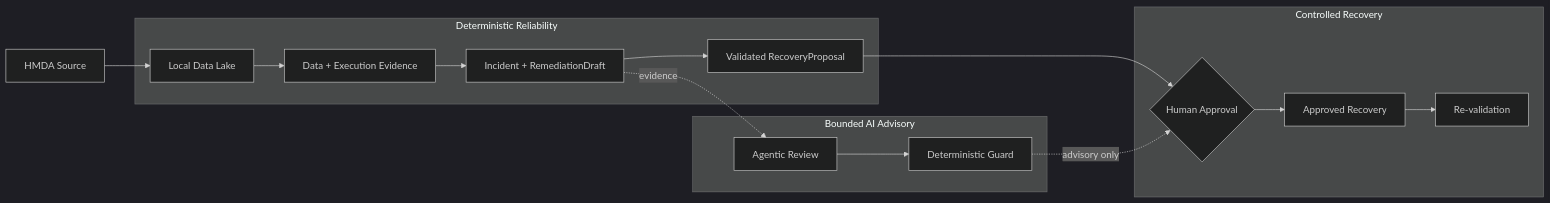
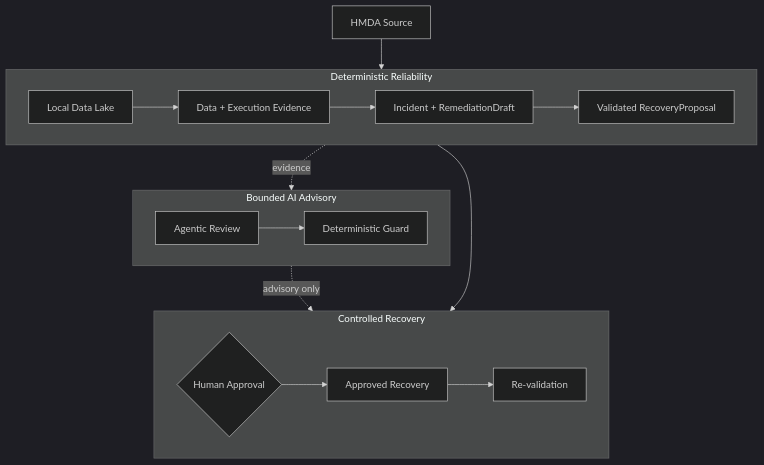
The diagram in README.md (mols3131d/hmda-data-reliability), drawn with Mermaid (dark theme) before and after one commit.

Commit message:
docs: compact README Mermaid layout

````diff
--- a/README.md
+++ b/README.md
@@ -27,23 +27,26 @@
 ```mermaid
-flowchart LR
-    source["HMDA Source"] --> lake["Local Data Lake"]
+flowchart TB
+    source["HMDA Source"] --> lake
 
     subgraph reliability["Deterministic Reliability"]
-        lake --> evidence["Data + Execution Evidence"]
+        direction LR
+        lake["Local Data Lake"] --> evidence["Data + Execution Evidence"]
         evidence --> incident["Incident + RemediationDraft"]
         incident --> proposal["Validated RecoveryProposal"]
     end
 
     subgraph advisory["Bounded AI Advisory"]
-        incident -. evidence .-> agent["Agentic Review"]
-        agent --> guard["Deterministic Guard"]
+        direction LR
+        agent["Agentic Review"] --> guard["Deterministic Guard"]
     end
 
     subgraph recovery["Controlled Recovery"]
-        proposal --> approval{"Human Approval"}
-        approval --> action["Approved Recovery"]
+        direction LR
+        approval{"Human Approval"} --> action["Approved Recovery"]
         action --> verify["Re-validation"]
     end
 
+    incident -. evidence .-> agent
+    proposal --> approval
     guard -. advisory only .-> approval
 ```
````
